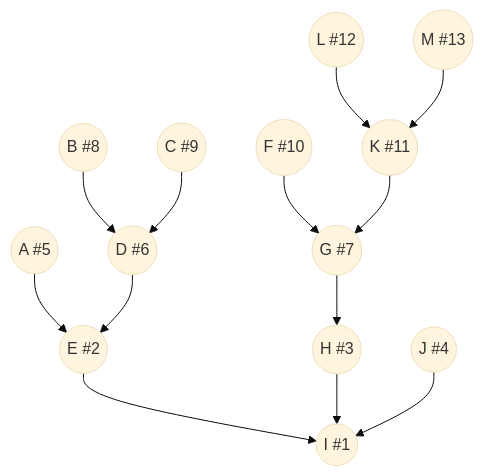
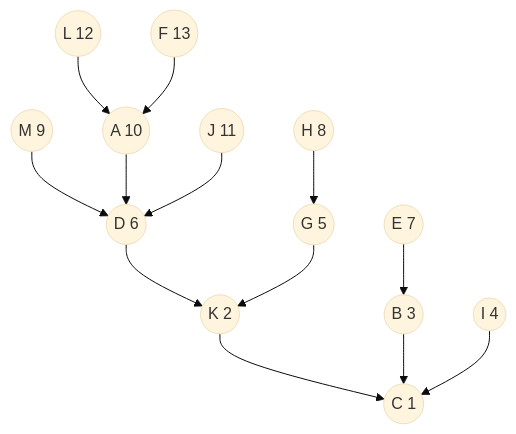
Before and after one commit to HSE-algo-23-crow/manual_tasks: the second of 3 diagrams in task_9/mongolian_tomatoes_task_9.md, drawn with Mermaid (base theme).

Commit message:
Update mongolian_tomatoes_task_9.md
граф с приоритетами

````diff
--- a/task_9/mongolian_tomatoes_task_9.md
+++ b/task_9/mongolian_tomatoes_task_9.md
@@ -39,15 +39,15 @@
 ```mermaid
 graph TB
-    E((E #2))-->I((I #1))
-    H((H #3))-->I((I #1))
-    J((J #4))-->I((I #1))
-    A((A #5))-->E((E #2))
-    D((D #6))-->E((E #2))
-    B((B #8))-->D((D #6))
-    C((C #9))-->D((D #6))
-    G((G #7))-->H((H #3))
-    F((F #10))-->G((G #7))
-    K((K #11))-->G((G #7))
-    L((L #12))-->K((K #11))
-    M((M #13))-->K((K #11))
+    K((K 2))-->С((С 1))
+    B((B 3))-->С((С 1))
+    I((I 4))-->С((С 1))
+    E((E 7))-->B((B 3))
+    D((D 6))-->K((K 2))
+    G((G 5))-->K((K 2))
+    H((H 8))-->G((G 5))
+    M((M 9))-->D((D 6))
+    A((A 10))-->D((D 6))
+    J((J 11))-->D((D 6))
+    L((L 12))-->A((A 10))
+    F((F 13))-->A((A 10))
 ```
````
